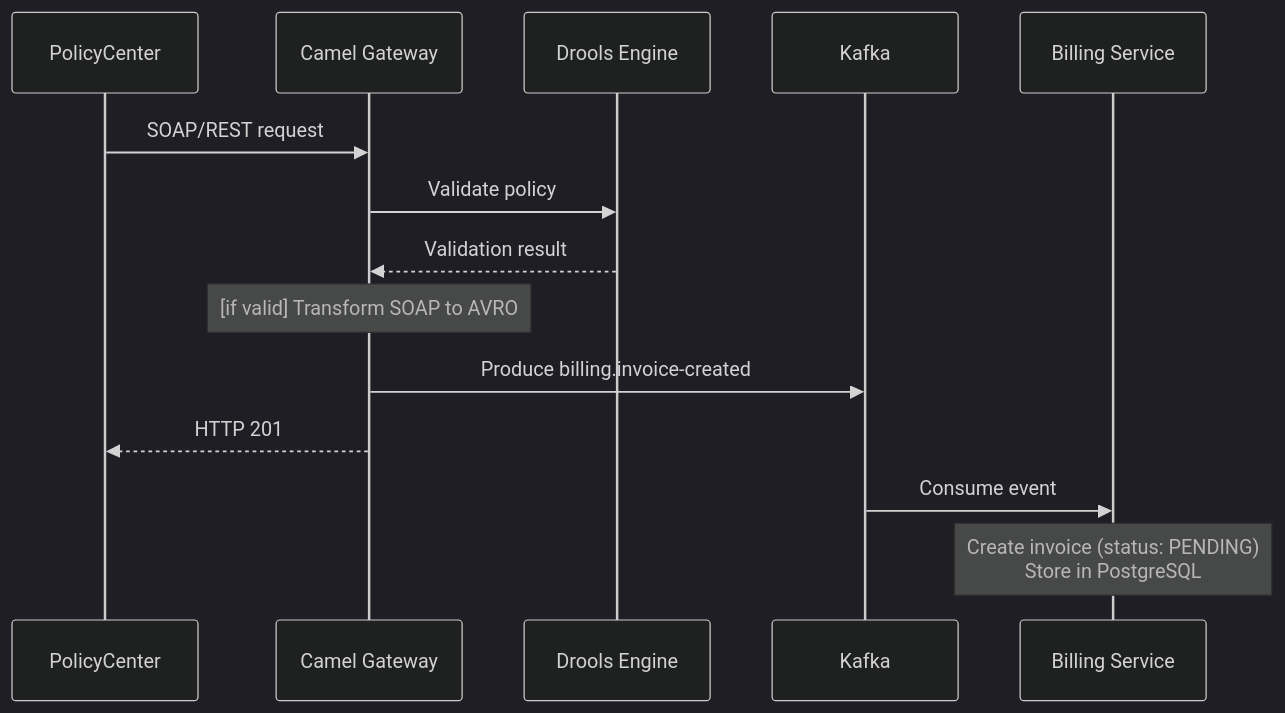
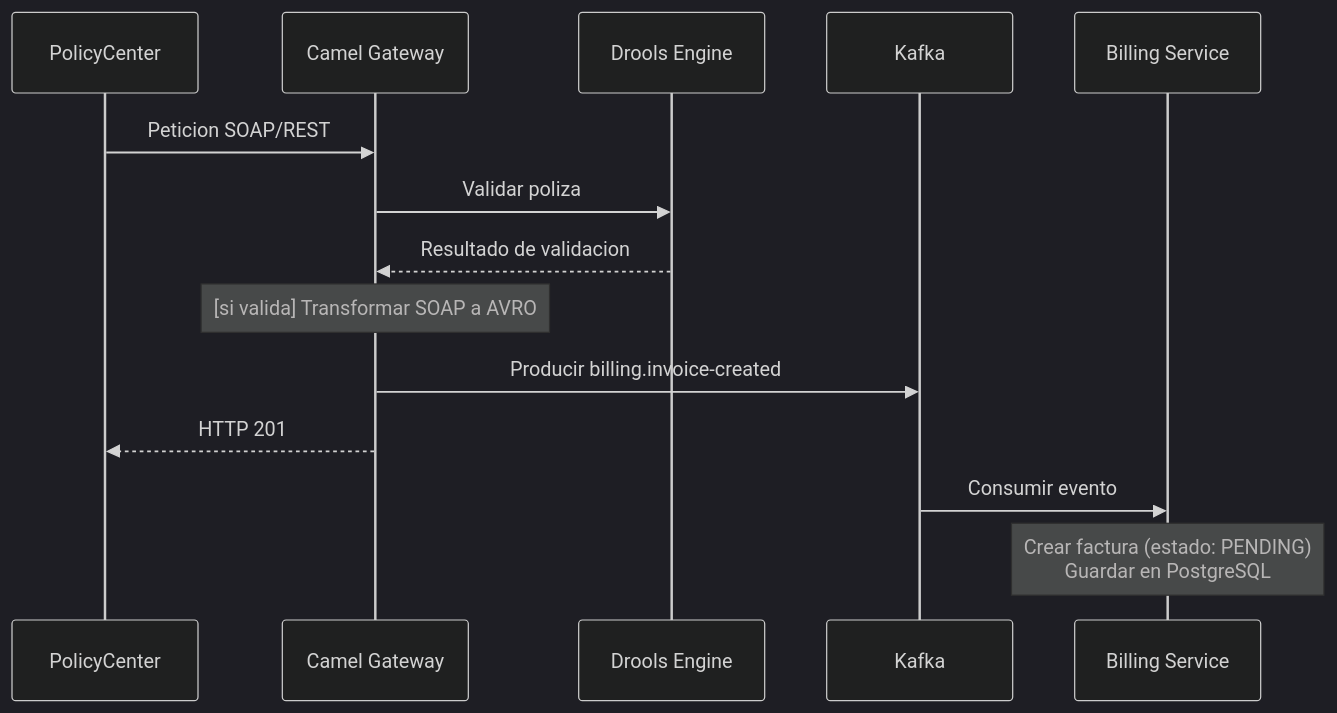
One commit to monghithub/guidewire changed the second of 7 diagrams in openspecs/docs/architecture/README.md. Above: the diagram before and after it, drawn with Mermaid (dark theme). The commit also changed other lines of this file and 21 other files, not shown here.

````diff
--- a/openspecs/docs/architecture/README.md
+++ b/openspecs/docs/architecture/README.md
@@ -172,17 +162,17 @@
 ```mermaid
 sequenceDiagram
     participant PC as PolicyCenter
     participant CG as Camel Gateway
     participant DR as Drools Engine
     participant KF as Kafka
     participant BS as Billing Service
 
-    PC->>CG: SOAP/REST request
-    CG->>DR: Validate policy
-    DR-->>CG: Validation result
-    Note over CG: [if valid] Transform SOAP to AVRO
-    CG->>KF: Produce billing.invoice-created
+    PC->>CG: Peticion SOAP/REST
+    CG->>DR: Validar poliza
+    DR-->>CG: Resultado de validacion
+    Note over CG: [si valida] Transformar SOAP a AVRO
+    CG->>KF: Producir billing.invoice-created
     CG-->>PC: HTTP 201
-    KF->>BS: Consume event
-    Note over BS: Create invoice (status: PENDING)<br/>Store in PostgreSQL
+    KF->>BS: Consumir evento
+    Note over BS: Crear factura (estado: PENDING)<br/>Guardar en PostgreSQL
 ```
````
